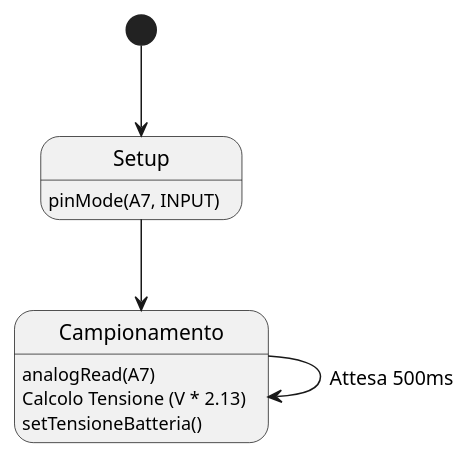
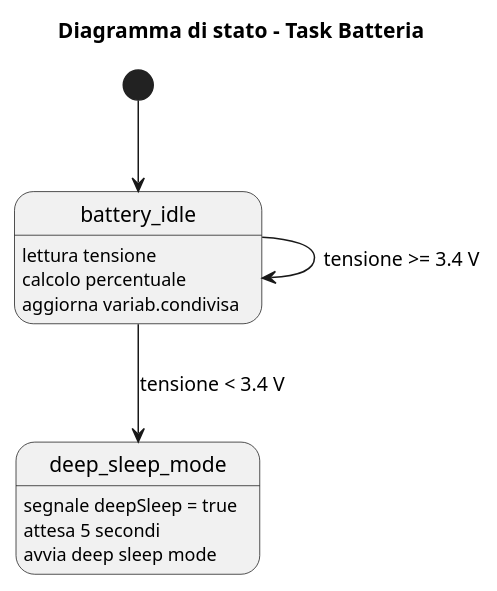
The diagram in uml/TaskBatteria.puml (spedone/firmware_termometro_wifi), drawn with PlantUML before and after one commit. The commit also changed 13 other files, not shown here.

```diff
--- a/uml/TaskBatteria.puml
+++ b/uml/TaskBatteria.puml
@@ -1,16 +1,21 @@
 @startuml TaskBatteria_State
-[*] --> Setup
+title Diagramma di stato - Task Batteria
 
-state Setup {
-  Setup : pinMode(A7, INPUT)
+[*] --> battery_idle
+
+state battery_idle{
+  battery_idle: lettura tensione
+  battery_idle: calcolo percentuale
+  battery_idle: aggiorna variab.condivisa
+}
+state deep_sleep_mode{
+  deep_sleep_mode: segnale deepSleep = true 
+  deep_sleep_mode: attesa 5 secondi
+  deep_sleep_mode: avvia deep sleep mode
+
 }
 
-state Campionamento {
-  Campionamento : analogRead(A7)
-  Campionamento : Calcolo Tensione (V * 2.13)
-  Campionamento : setTensioneBatteria()
-}
 
-Setup --> Campionamento
-Campionamento --> Campionamento : Attesa 500ms
+battery_idle --> battery_idle : tensione >= 3.4 V
+battery_idle --> deep_sleep_mode : tensione < 3.4 V
 @enduml
```
